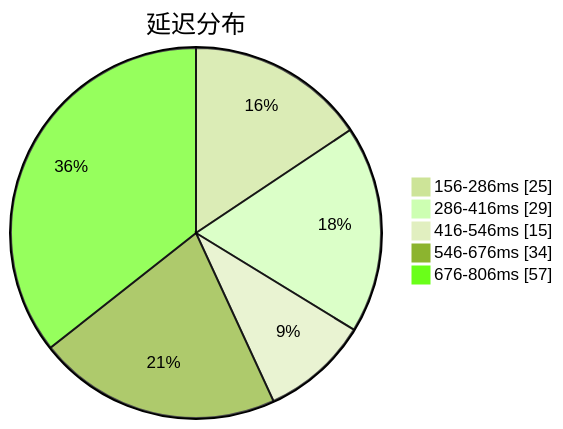
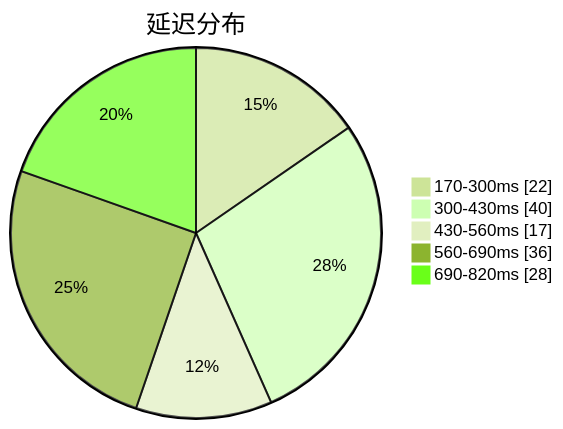
The first of 3 diagrams in subs/statistics/tested_within.md (qjlxg/airport), drawn with Mermaid (forest theme) before and after one commit. The commit also changed other lines of this file and 2 other files, not shown here.

````diff
--- a/subs/statistics/tested_within.md
+++ b/subs/statistics/tested_within.md
@@ -2,9 +2,9 @@
 ```mermaid
 pie showData
 title 延迟分布
-"156-286ms" : 25
-"286-416ms" : 29
-"416-546ms" : 15
-"546-676ms" : 34
-"676-806ms" : 57
+"170-300ms" : 22
+"300-430ms" : 40
+"430-560ms" : 17
+"560-690ms" : 36
+"690-820ms" : 28
 ```
````
